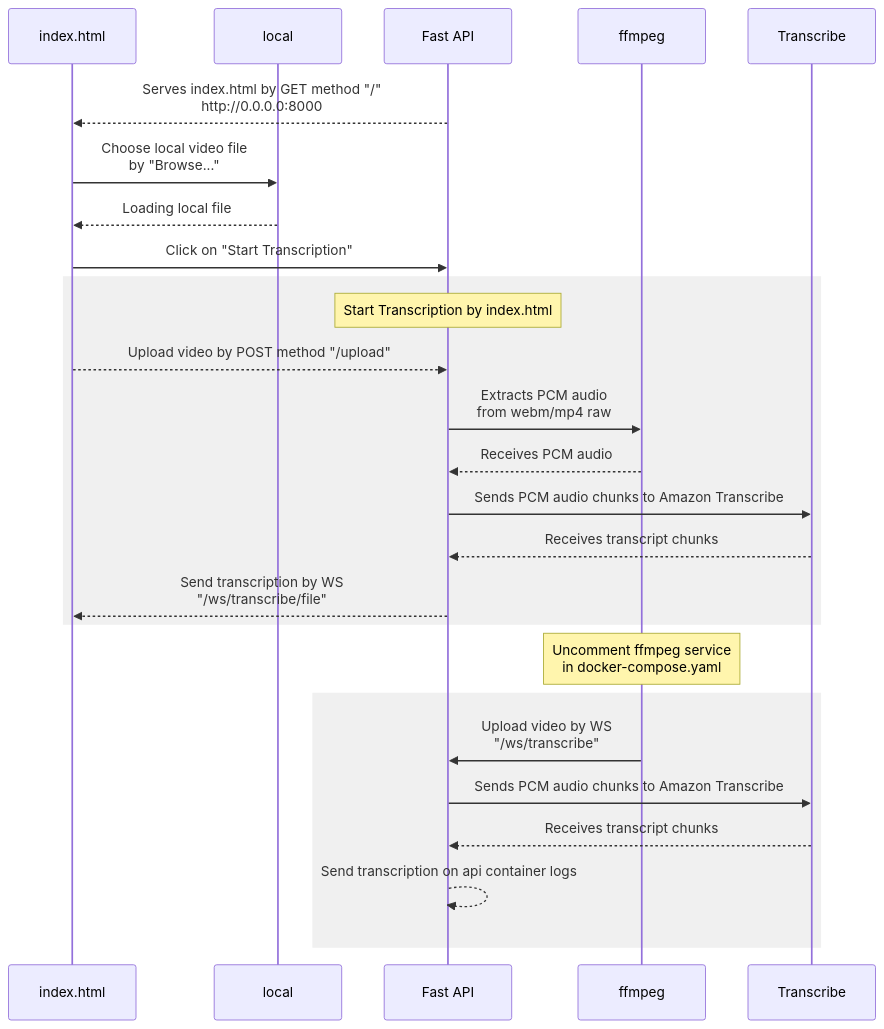
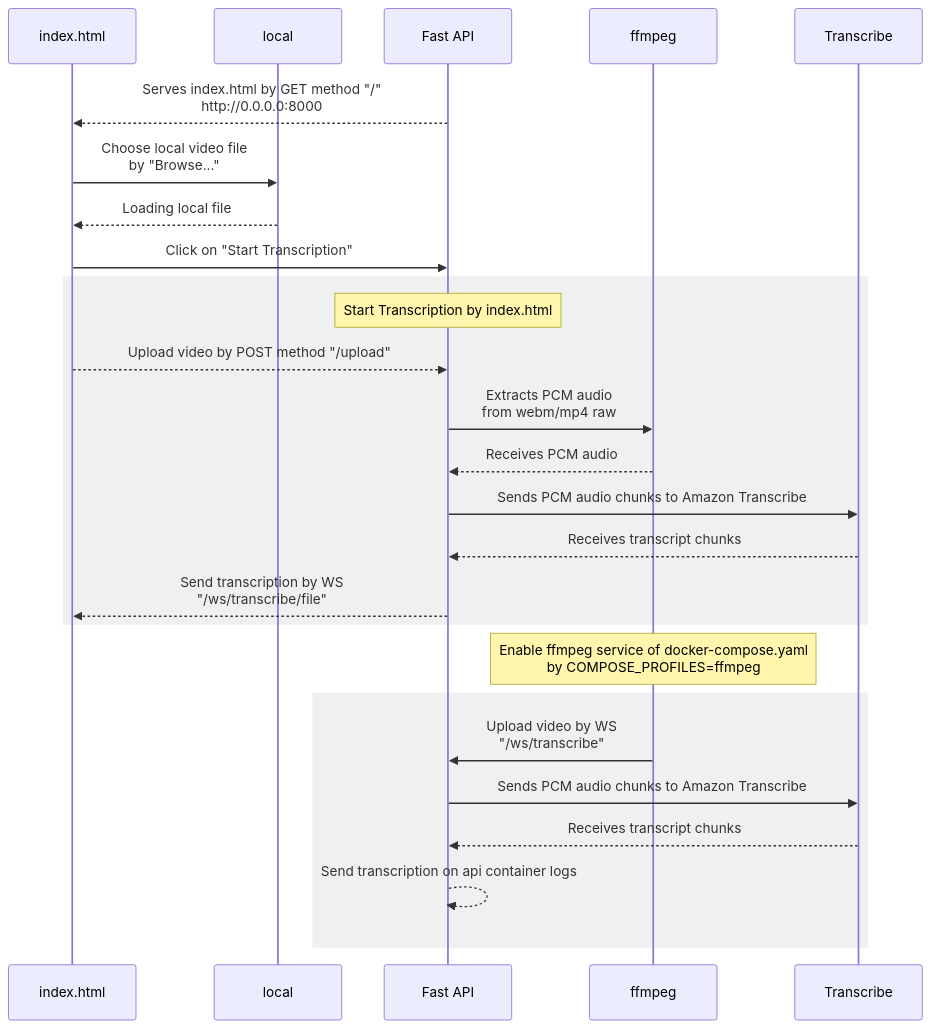
Before and after one commit to bilardi/video-to-text: the diagram in docs/diagram.mermaid, drawn with Mermaid. The commit also changed 1 other file, not shown here.

Commit message:
docs: updated diagram

```diff
--- a/docs/diagram.mermaid
+++ b/docs/diagram.mermaid
@@ -1,28 +1,28 @@
 sequenceDiagram
     participant int as index.html
     participant local as local
     participant api as Fast API
     participant ffmpeg as ffmpeg
     participant aws as Transcribe
     
     api-->>int: Serves index.html by GET method "/"<br>http://0.0.0.0:8000
     int->>local: Choose local video file<br>by "Browse..."
     local-->>int: Loading local file
     int->>api: Click on "Start Transcription"
     rect rgb(240, 240, 240)
         Note over api: Start Transcription by index.html
         int-->>api: Upload video by POST method "/upload"
         api->>ffmpeg: Extracts PCM audio<br>from webm/mp4 raw
         ffmpeg-->>api: Receives PCM audio
         api->>aws: Sends PCM audio chunks to Amazon Transcribe
         aws-->>api: Receives transcript chunks
         api-->>int: Send transcription by WS<br>"/ws/transcribe/file"
     end
 
-    Note over ffmpeg: Uncomment ffmpeg service<br>in docker-compose.yaml
+    Note over ffmpeg: Enable ffmpeg service of docker-compose.yaml<br>by COMPOSE_PROFILES=ffmpeg
     rect rgb(240, 240, 240)
         ffmpeg->>api: Upload video by WS<br>"/ws/transcribe"
         api->>aws: Sends PCM audio chunks to Amazon Transcribe
         aws-->>api: Receives transcript chunks
         api-->>api: Send transcription on api container logs
     end
```
